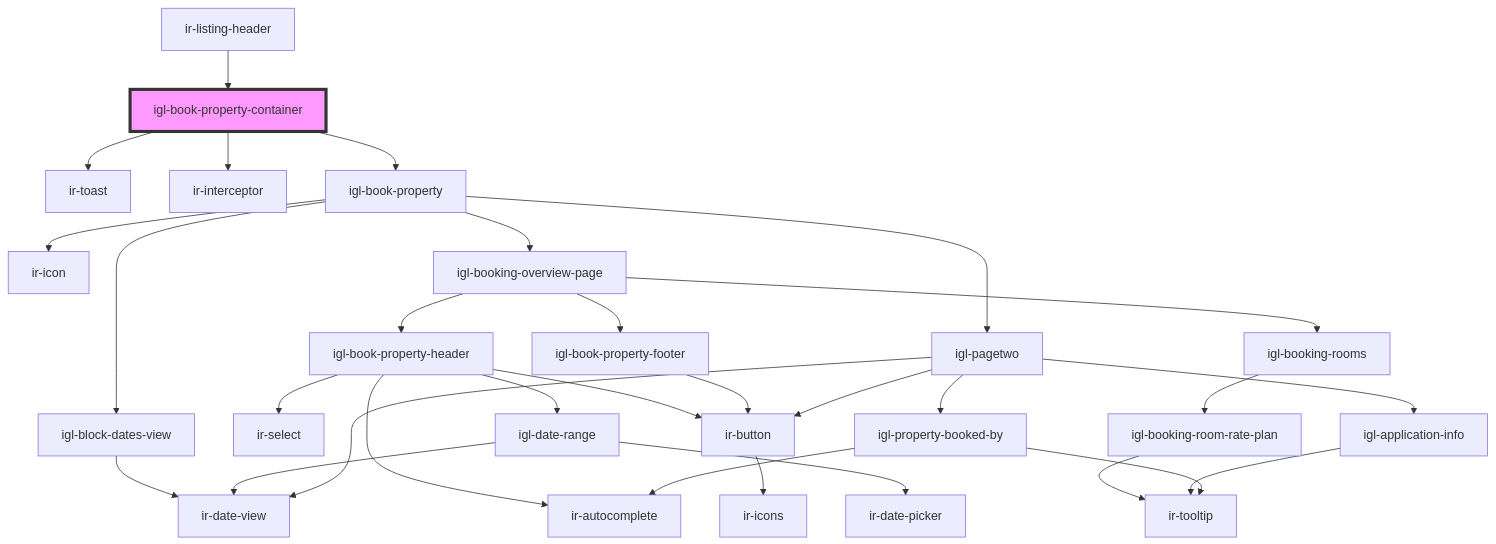
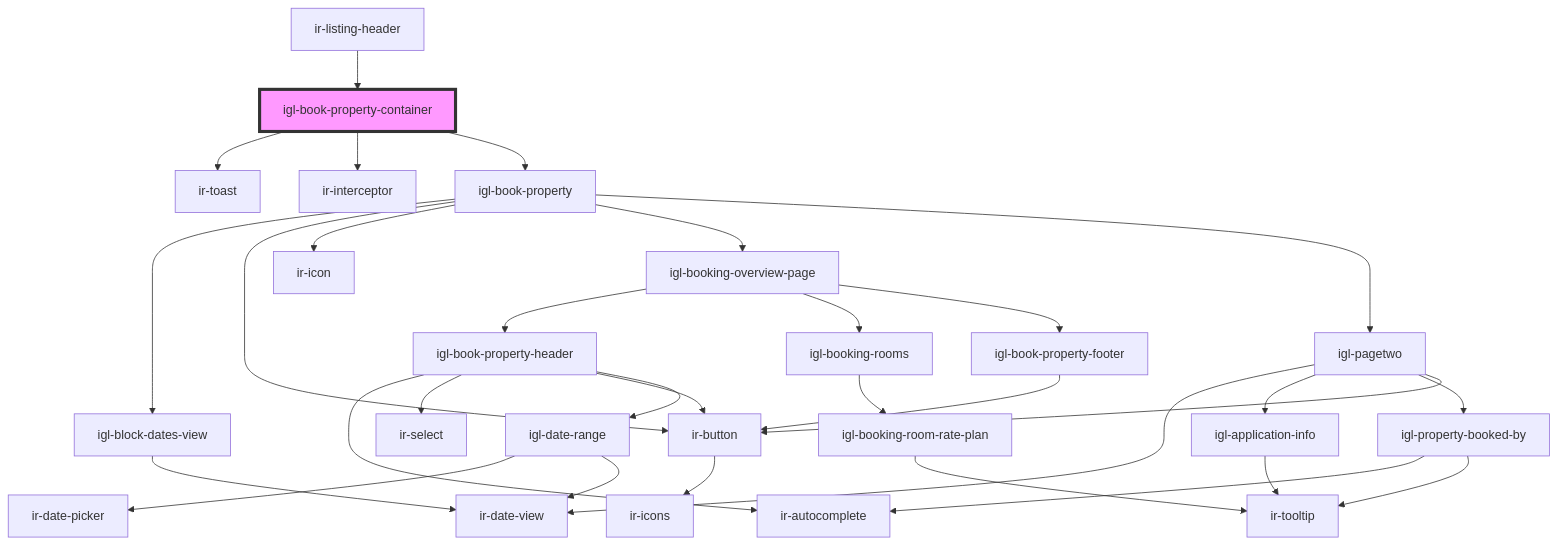
One commit to David1Chowaifaty/modified-ir-webcmp changed the diagram in src/components/igl-book-property-container/readme.md. Above: the diagram before and after it, drawn with Mermaid. The commit also changed 41 other files, not shown here.

````diff
--- a/src/components/igl-book-property-container/readme.md
+++ b/src/components/igl-book-property-container/readme.md
@@ -41,33 +41,34 @@
 ```mermaid
 graph TD;
   igl-book-property-container --> ir-toast
   igl-book-property-container --> ir-interceptor
   igl-book-property-container --> igl-book-property
   igl-book-property --> igl-block-dates-view
+  igl-book-property --> ir-button
   igl-book-property --> ir-icon
   igl-book-property --> igl-booking-overview-page
   igl-book-property --> igl-pagetwo
   igl-block-dates-view --> ir-date-view
+  ir-button --> ir-icons
   igl-booking-overview-page --> igl-book-property-header
   igl-booking-overview-page --> igl-booking-rooms
   igl-booking-overview-page --> igl-book-property-footer
   igl-book-property-header --> ir-autocomplete
   igl-book-property-header --> ir-select
   igl-book-property-header --> ir-button
   igl-book-property-header --> igl-date-range
-  ir-button --> ir-icons
   igl-date-range --> ir-date-picker
   igl-date-range --> ir-date-view
   igl-booking-rooms --> igl-booking-room-rate-plan
   igl-booking-room-rate-plan --> ir-tooltip
   igl-book-property-footer --> ir-button
   igl-pagetwo --> ir-date-view
   igl-pagetwo --> igl-application-info
   igl-pagetwo --> igl-property-booked-by
   igl-pagetwo --> ir-button
   igl-application-info --> ir-tooltip
   igl-property-booked-by --> ir-autocomplete
   igl-property-booked-by --> ir-tooltip
   ir-listing-header --> igl-book-property-container
   style igl-book-property-container fill:#f9f,stroke:#333,stroke-width:4px
 ```
````
